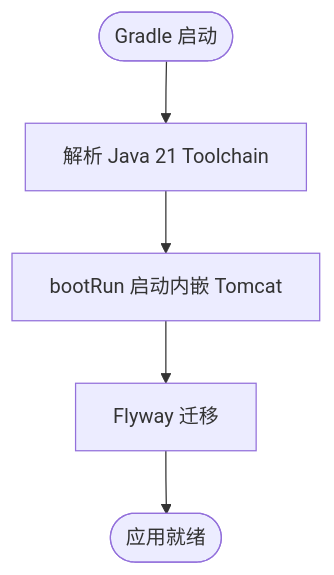
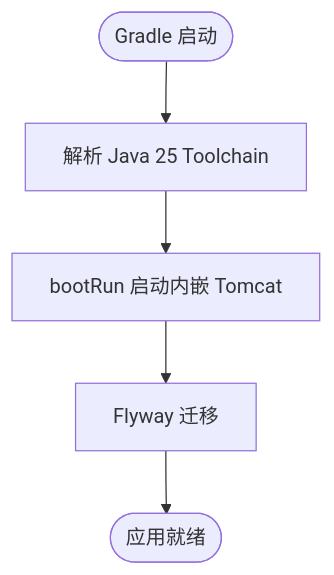
The third of 7 diagrams in .qoder/repowiki/zh/content/项目概览/开发环境.md (lam584/EnterpriseRagCommunity), drawn with Mermaid before and after one commit. The commit also changed other lines of this file and 592 other files, not shown here.

````diff
--- a/.qoder/repowiki/zh/content/项目概览/开发环境.md
+++ b/.qoder/repowiki/zh/content/项目概览/开发环境.md
@@ -125,7 +125,7 @@
 ```mermaid
 flowchart TD
-Start(["Gradle 启动"]) --> Toolchain["解析 Java 21 Toolchain"]
+Start(["Gradle 启动"]) --> Toolchain["解析 Java 25 Toolchain"]
 Toolchain --> BootRun["bootRun 启动内嵌 Tomcat"]
 BootRun --> Flyway["Flyway 迁移"]
 Flyway --> Ready(["应用就绪"])
 ```
````
